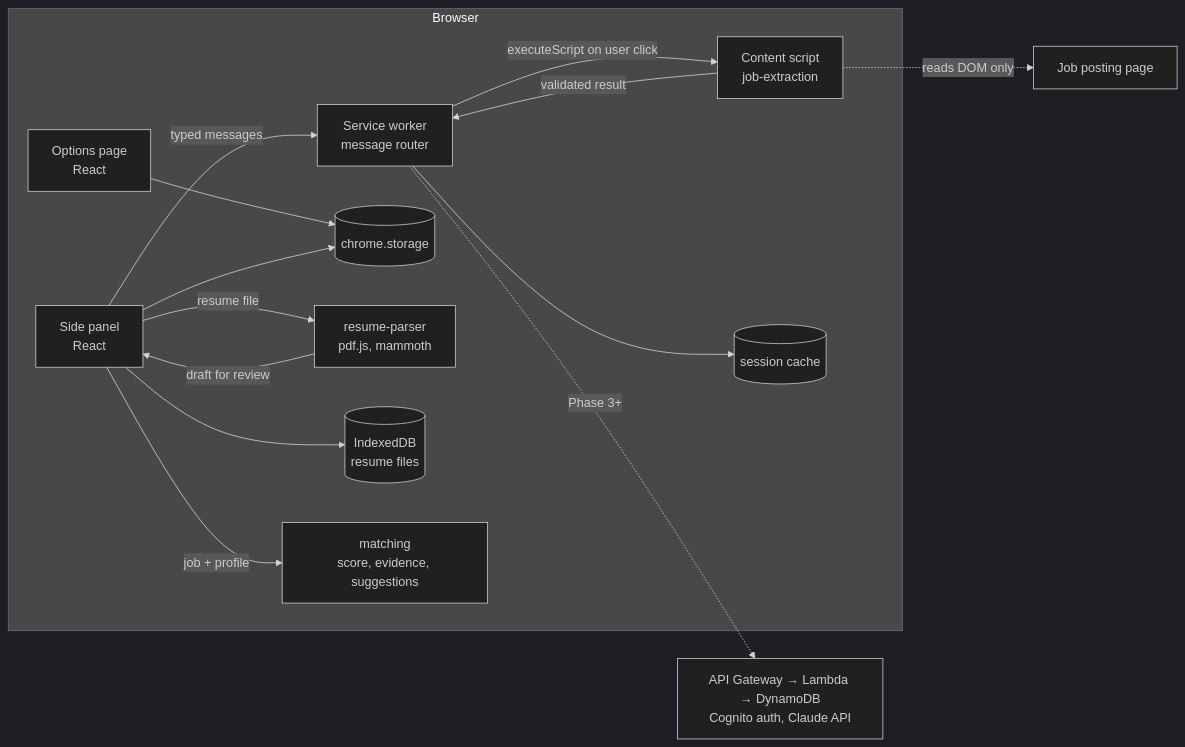
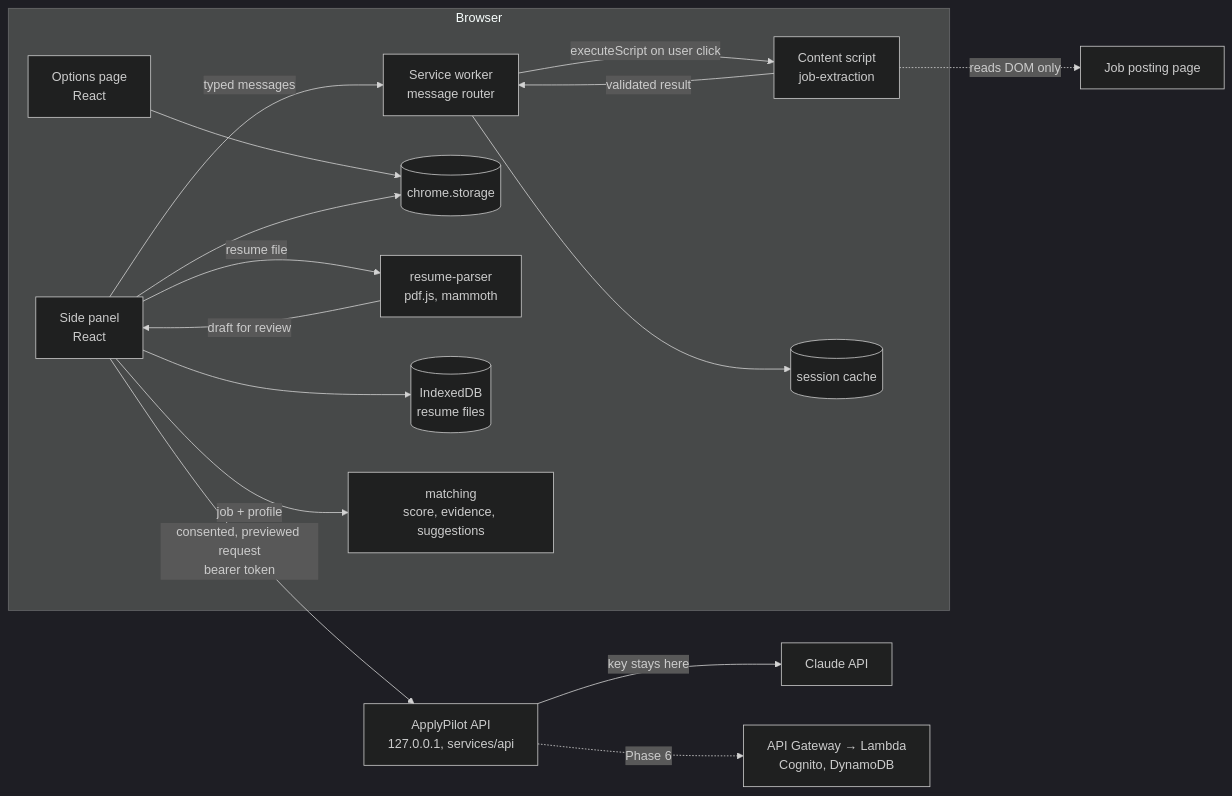
One commit to amadshamat/applypilot-ai changed the diagram in README.md. Above: the diagram before and after it, drawn with Mermaid (dark theme). The commit also changed other lines of this file and 92 other files, not shown here.

First line of the commit message:
Phase 3: Claude integration, resume tailoring, cover letters, screening drafts (v0.3.0)

````diff
--- a/README.md
+++ b/README.md
@@ -60,17 +70,19 @@
 ```mermaid
 flowchart LR
   subgraph Browser
     SP[Side panel<br/>React] -- typed messages --> SW[Service worker<br/>message router]
     OP[Options page<br/>React] --> ST[(chrome.storage)]
     SP --> ST
     SP -- resume file --> RP[resume-parser<br/>pdf.js, mammoth]
     RP -- draft for review --> SP
     SP --> IDB[(IndexedDB<br/>resume files)]
     SP -- job + profile --> MT[matching<br/>score, evidence, suggestions]
     SW -- executeScript on user click --> CS[Content script<br/>job-extraction]
     CS -- validated result --> SW
     SW --> SS[(session cache)]
   end
   CS -. reads DOM only .-> Page[Job posting page]
-  SW -. Phase 3+ .-> API[API Gateway → Lambda → DynamoDB<br/>Cognito auth, Claude API]
+  SP -- consented, previewed request<br/>bearer token --> API[ApplyPilot API<br/>127.0.0.1, services/api]
+  API -- key stays here --> CL[Claude API]
+  API -. Phase 6 .-> AWS[API Gateway → Lambda<br/>Cognito, DynamoDB]
 ```
````
